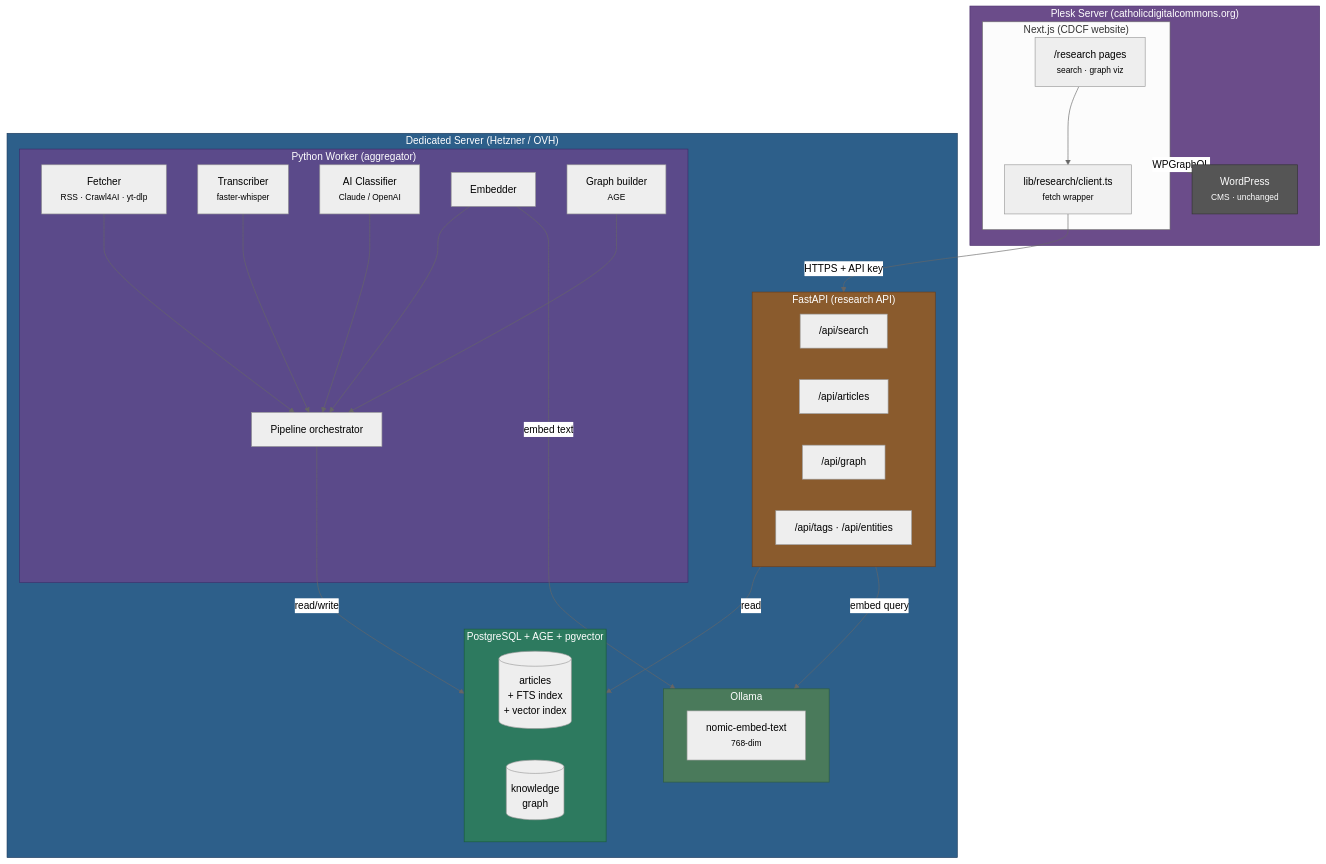
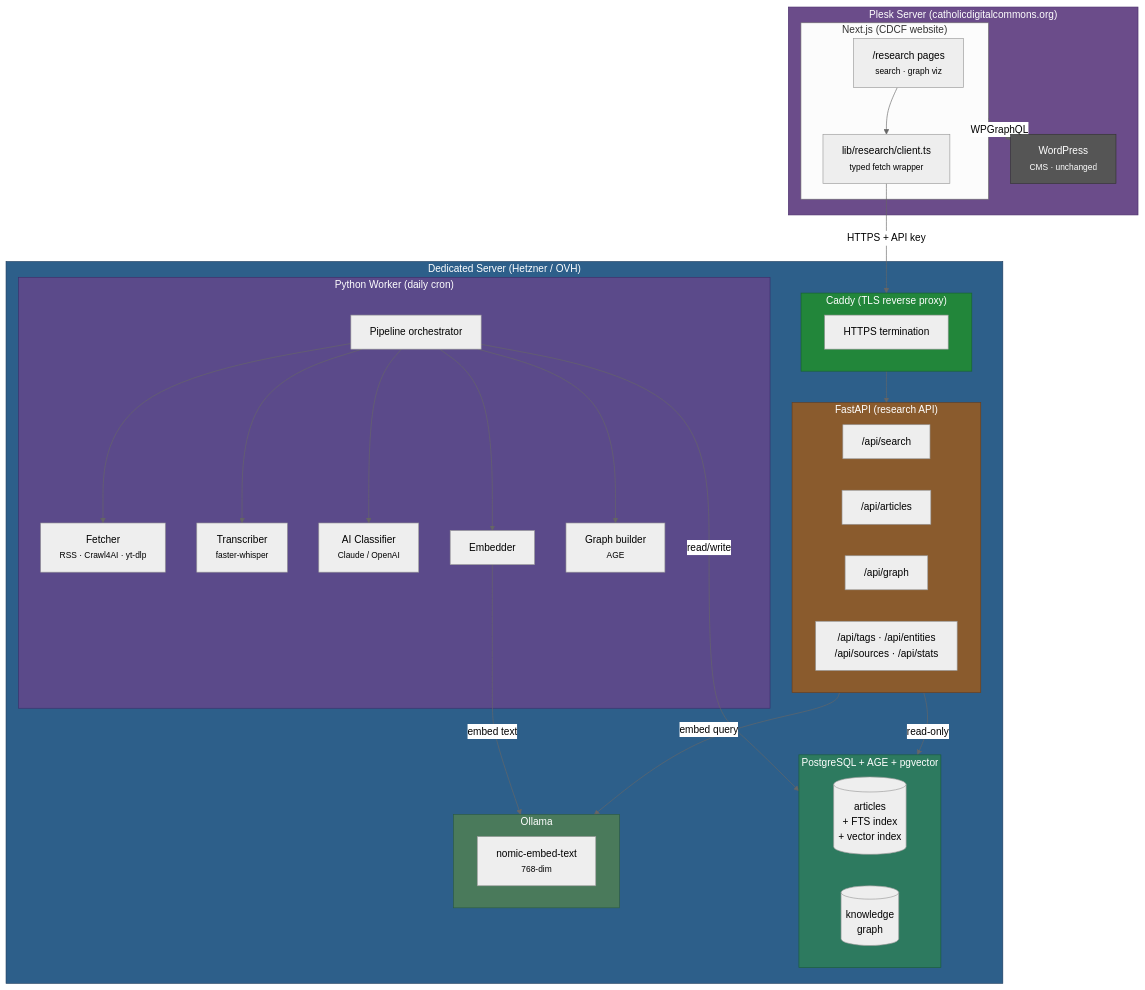
One commit to CatholicOS/cdcf-website changed the diagram in docs/content-aggregator.md. Above: the diagram before and after it, drawn with Mermaid (neutral theme).

Commit message:
docs: improve Mermaid diagram for two-server architecture
- Fix data flow direction: orchestrator drives components, not reverse
- Add Caddy TLS reverse proxy as visible component
- Show API as read-only connection to DB
- Rename node IDs to avoid reserved word conflicts
- Label worker as "daily cron" for clarity

````diff
--- a/docs/content-aggregator.md
+++ b/docs/content-aggregator.md
@@ -9,68 +9,75 @@
 ```mermaid
 graph TB
     subgraph plesk["Plesk Server (catholicdigitalcommons.org)"]
         subgraph nextjs["Next.js (CDCF website)"]
-            research["/research pages<br/><small>search · graph viz</small>"]
-            researchClient["lib/research/client.ts<br/><small>fetch wrapper</small>"]
+            researchPages["/research pages<br/><small>search · graph viz</small>"]
+            researchClient["lib/research/client.ts<br/><small>typed fetch wrapper</small>"]
         end
         wordpress["WordPress<br/><small>CMS · unchanged</small>"]
     end
 
     subgraph dedicated["Dedicated Server (Hetzner / OVH)"]
+        subgraph caddy["Caddy (TLS reverse proxy)"]
+            tlsTermination["HTTPS termination"]
+        end
+
         subgraph api["FastAPI (research API)"]
             searchEndpoint["/api/search"]
             articlesEndpoint["/api/articles"]
             graphEndpoint["/api/graph"]
-            tagsEndpoint["/api/tags · /api/entities"]
+            otherEndpoints["/api/tags · /api/entities<br/>/api/sources · /api/stats"]
         end
 
-        subgraph worker["Python Worker (aggregator)"]
+        subgraph worker["Python Worker (daily cron)"]
+            orchestrator["Pipeline orchestrator"]
             fetcher["Fetcher<br/><small>RSS · Crawl4AI · yt-dlp</small>"]
             transcriber["Transcriber<br/><small>faster-whisper</small>"]
             classifier["AI Classifier<br/><small>Claude / OpenAI</small>"]
             embedder["Embedder"]
-            pipelineOrch["Pipeline orchestrator"]
             graphbuilder["Graph builder<br/><small>AGE</small>"]
         end
 
         subgraph db["PostgreSQL + AGE + pgvector"]
-            articles[("articles<br/>+ FTS index<br/>+ vector index")]
+            articlesTbl[("articles<br/>+ FTS index<br/>+ vector index")]
             knowledgegraph[("knowledge<br/>graph")]
         end
 
         subgraph ollama["Ollama"]
             nomic["nomic-embed-text<br/><small>768-dim</small>"]
         end
     end
 
-    research --> researchClient
-    researchClient -->|"HTTPS + API key"| api
+    researchPages --> researchClient
+    researchClient -->|"HTTPS + API key"| caddy
+    caddy --> api
     nextjs -->|"WPGraphQL"| wordpress
 
-    fetcher --> pipelineOrch
-    transcriber --> pipelineOrch
-    classifier --> pipelineOrch
-    embedder --> pipelineOrch
-    graphbuilder --> pipelineOrch
+    orchestrator --> fetcher
+    orchestrator --> transcriber
+    orchestrator --> classifier
+    orchestrator --> embedder
+    orchestrator --> graphbuilder
 
-    pipelineOrch -->|"read/write"| db
-    api -->|"read"| db
+    orchestrator -->|"read/write"| db
+    api -->|"read-only"| db
     embedder -->|"embed text"| ollama
     api -->|"embed query"| ollama
 
     classDef pleskStyle fill:#6b4c8a,stroke:#4a2e6b,color:#fff
     classDef dedicatedStyle fill:#2d5f8a,stroke:#1a3a5c,color:#fff
+    classDef caddyStyle fill:#22863a,stroke:#176130,color:#fff
     classDef apiStyle fill:#8a5b2d,stroke:#6b3d1a,color:#fff
     classDef workerStyle fill:#5b4a8a,stroke:#3d2e6b,color:#fff
     classDef dbStyle fill:#2d7a5f,stroke:#1a5c3a,color:#fff
     classDef ollamaStyle fill:#4a7a5b,stroke:#2e5c3d,color:#fff
     classDef wpStyle fill:#555,stroke:#333,color:#fff
 
     class plesk pleskStyle
     class dedicated dedicatedStyle
+    class caddy caddyStyle
     class api apiStyle
     class worker workerStyle
     class db dbStyle
     class ollama ollamaStyle
     class wordpress wpStyle
 ```
````
